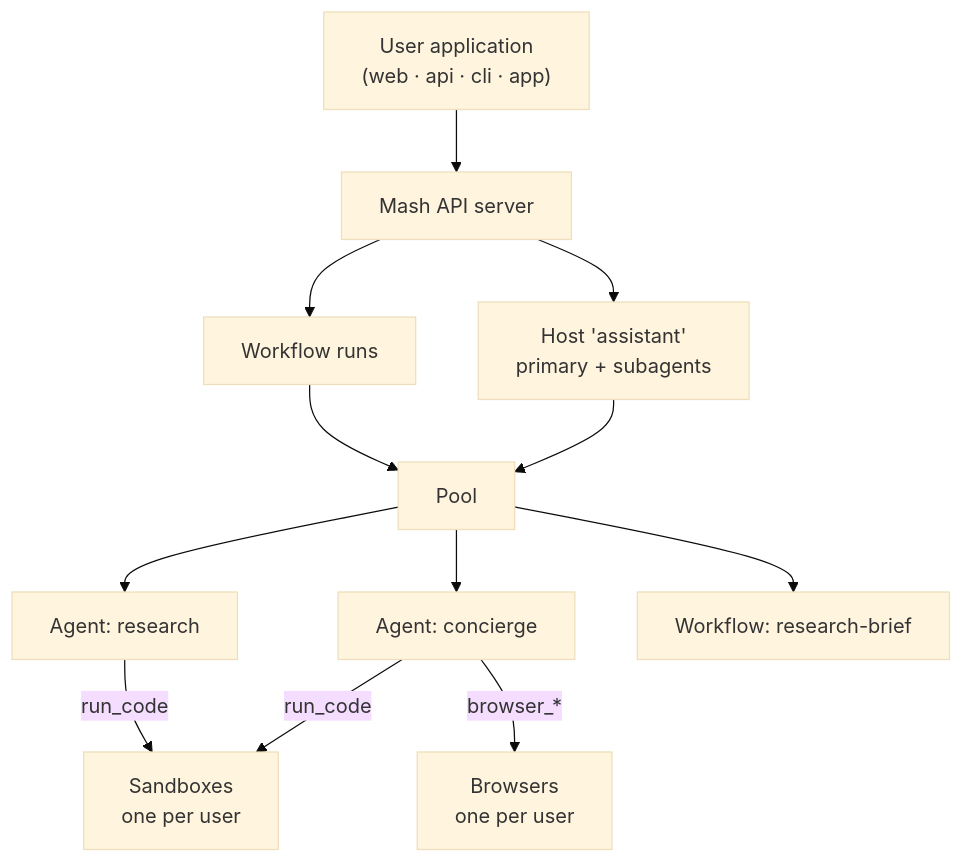
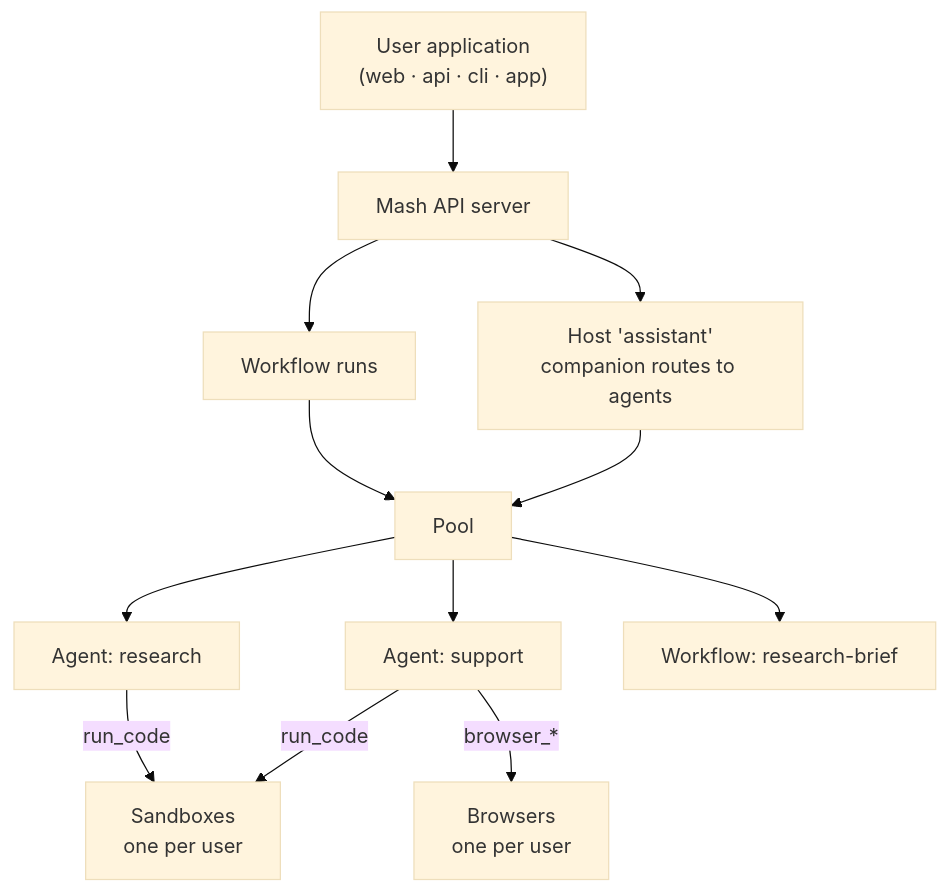
The diagram in docs/posts/product-brief.md (imsid/mashpy), drawn with Mermaid (base theme) before and after one commit. The commit also changed other lines of this file and 119 other files, not shown here.

First line of the commit message:
feat(host)!: hosts are agents and workflows, routed by the companion (#272)

````diff
--- a/docs/posts/product-brief.md
+++ b/docs/posts/product-brief.md
@@ -149,14 +151,14 @@
 ```mermaid
 flowchart TD
     U["User application<br/>(web · api · cli · app)"] --> API["Mash API server"]
-    API --> HO["Host 'assistant'<br/>primary + subagents"]
+    API --> HO["Host 'assistant'<br/>companion routes to agents"]
     API --> WF["Workflow runs"]
     HO --> P["Pool"]
     WF --> P
-    P --> A1["Agent: concierge"]
+    P --> A1["Agent: support"]
     P --> A2["Agent: research"]
     P --> W1["Workflow: research-brief"]
     A1 -- "run_code" --> S["Sandboxes<br/>one per user"]
     A2 -- "run_code" --> S
     A1 -- "browser_*" --> B["Browsers<br/>one per user"]
 ```
````
